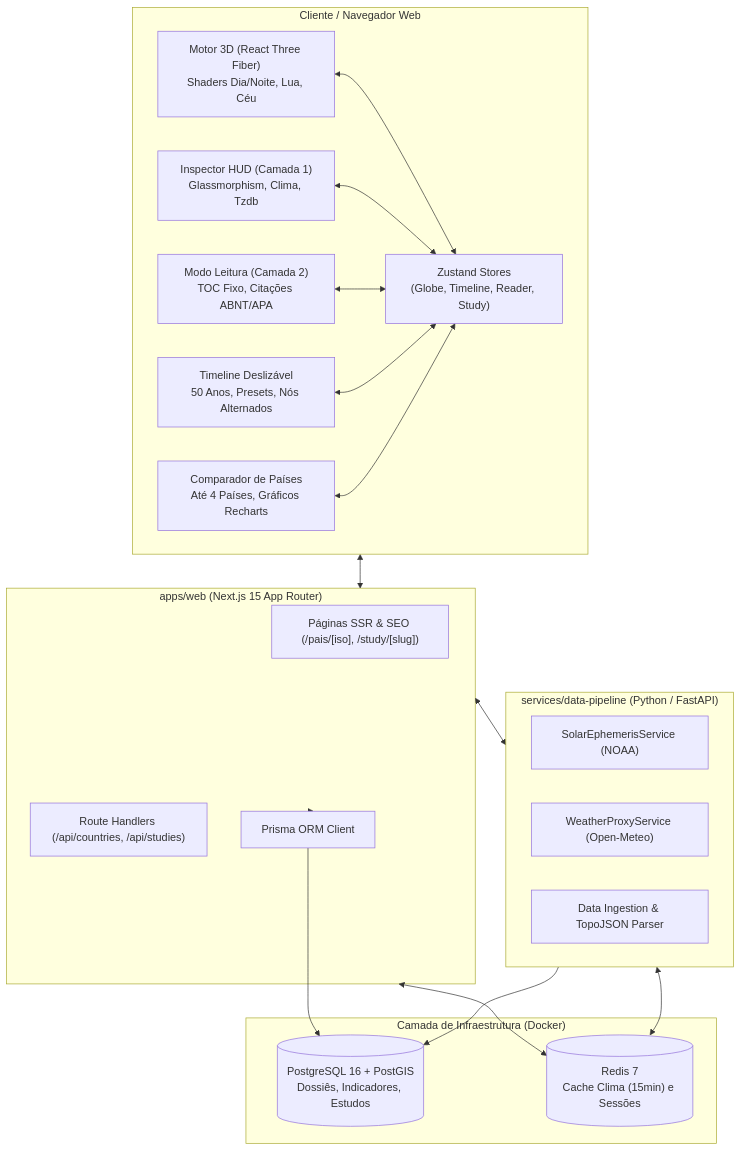
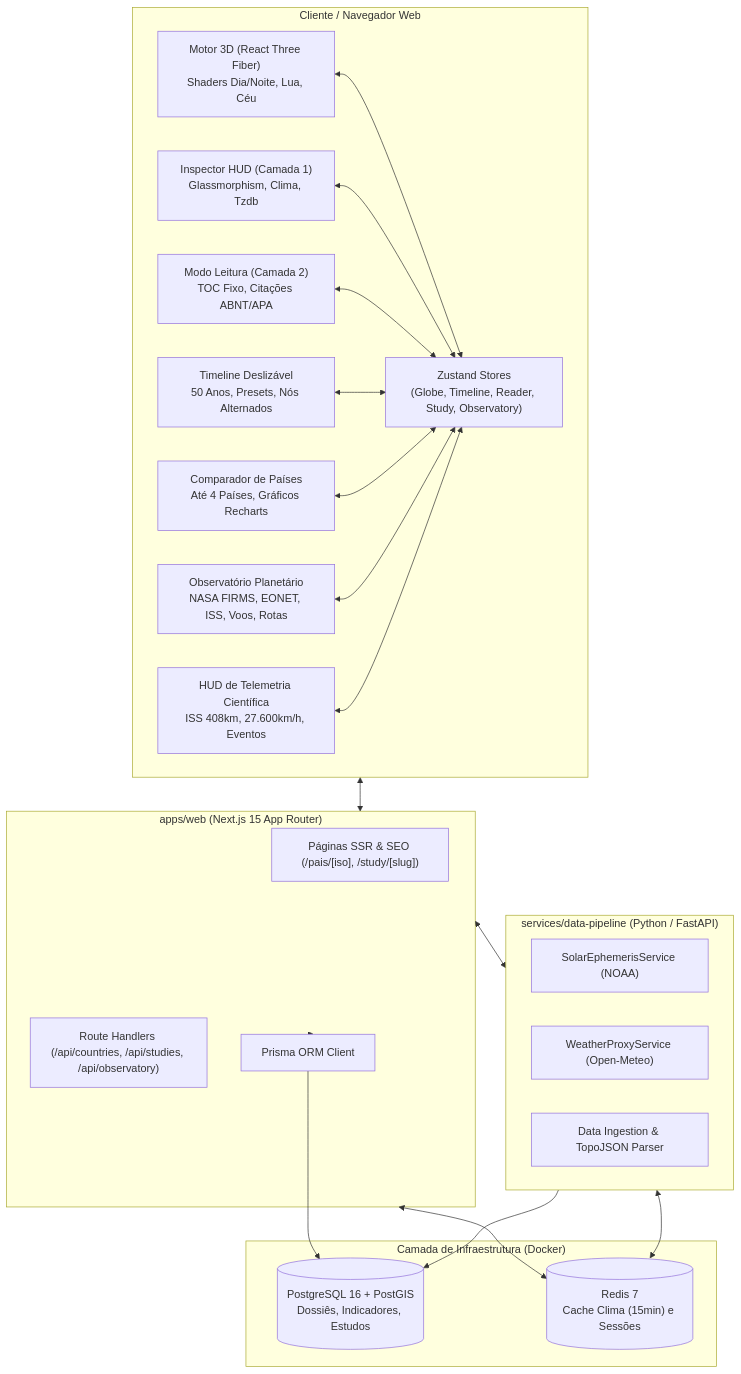
The first of 2 diagrams in docs/ARCHITECTURE.md (AyrtonLoks/telluspedia), drawn with Mermaid before and after one commit. The commit also changed other lines of this file and 28 other files, not shown here.

First line of the commit message:
feat(horizon-3): implement planetary observatory, nasa layers, global traffic, and update docs

````diff
--- a/docs/ARCHITECTURE.md
+++ b/docs/ARCHITECTURE.md
@@ -11,41 +11,45 @@
 ```mermaid
 flowchart TD
     subgraph Client["Cliente / Navegador Web"]
         R3F["Motor 3D (React Three Fiber)\nShaders Dia/Noite, Lua, Céu"]
         HUD["Inspector HUD (Camada 1)\nGlassmorphism, Clima, Tzdb"]
         Reader["Modo Leitura (Camada 2)\nTOC Fixo, Citações ABNT/APA"]
         Timeline["Timeline Deslizável\n50 Anos, Presets, Nós Alternados"]
         Compare["Comparador de Países\nAté 4 Países, Gráficos Recharts"]
-        Zustand["Zustand Stores\n(Globe, Timeline, Reader, Study)"]
+        ObsPanel["Observatório Planetário\nNASA FIRMS, EONET, ISS, Voos, Rotas"]
+        TelemetryHUD["HUD de Telemetria Científica\nISS 408km, 27.600km/h, Eventos"]
+        Zustand["Zustand Stores\n(Globe, Timeline, Reader, Study, Observatory)"]
 
         R3F <--> Zustand
         HUD <--> Zustand
         Reader <--> Zustand
         Timeline <--> Zustand
         Compare <--> Zustand
+        ObsPanel <--> Zustand
+        TelemetryHUD <--> Zustand
     end
 
     subgraph WebServer["apps/web (Next.js 15 App Router)"]
         Pages["Páginas SSR & SEO (/pais/[iso], /study/[slug])"]
-        RouteHandlers["Route Handlers (/api/countries, /api/studies)"]
+        RouteHandlers["Route Handlers (/api/countries, /api/studies, /api/observatory)"]
         PrismaClient["Prisma ORM Client"]
     end
 
     subgraph Microservice["services/data-pipeline (Python / FastAPI)"]
         SolarService["SolarEphemerisService (NOAA)"]
         WeatherProxy["WeatherProxyService (Open-Meteo)"]
         IngestionJobs["Data Ingestion & TopoJSON Parser"]
     end
 
     subgraph Storage["Camada de Infraestrutura (Docker)"]
         PG[("PostgreSQL 16 + PostGIS\nDossiês, Indicadores, Estudos")]
         RedisDB[("Redis 7\nCache Clima (15min) e Sessões")]
     end
 
     Client <--> WebServer
     WebServer --> PrismaClient --> PG
     WebServer <--> RedisDB
     WebServer <--> Microservice
     Microservice --> PG
     Microservice <--> RedisDB
 ```
````
